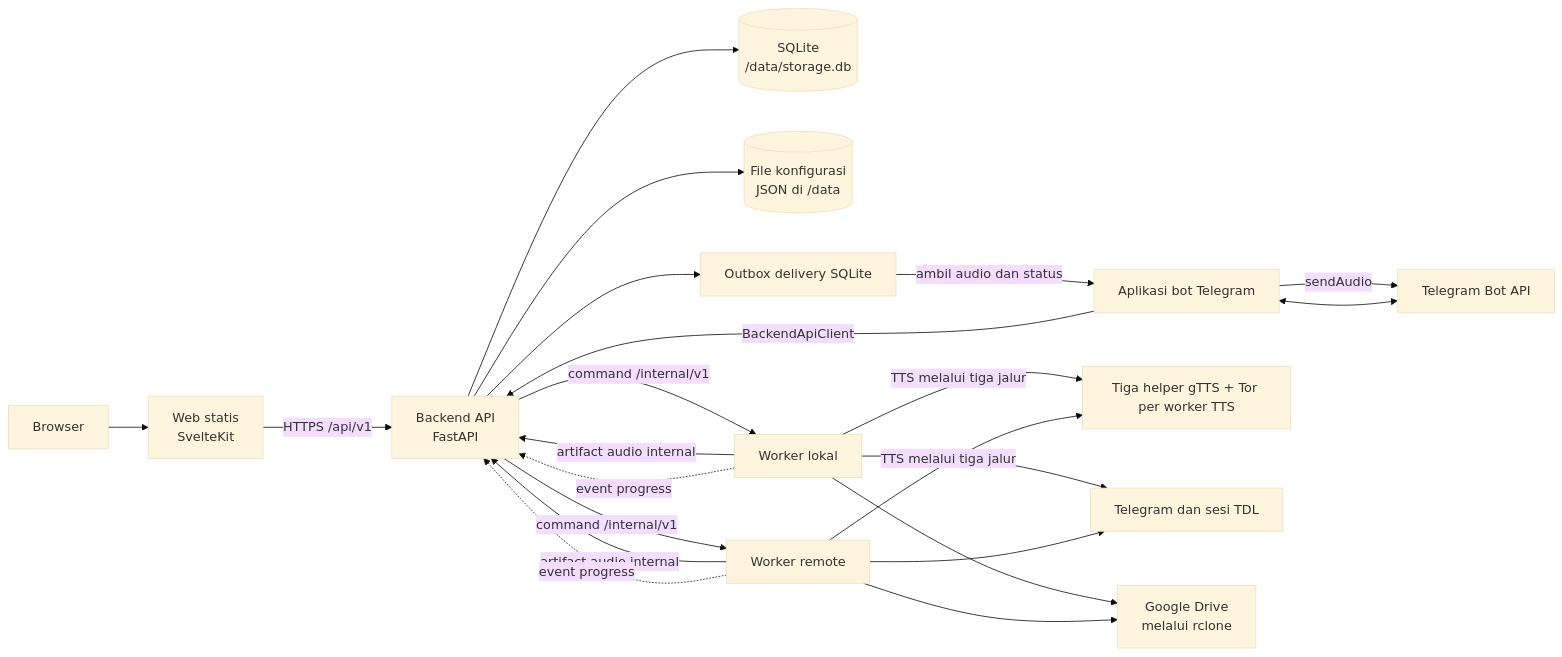
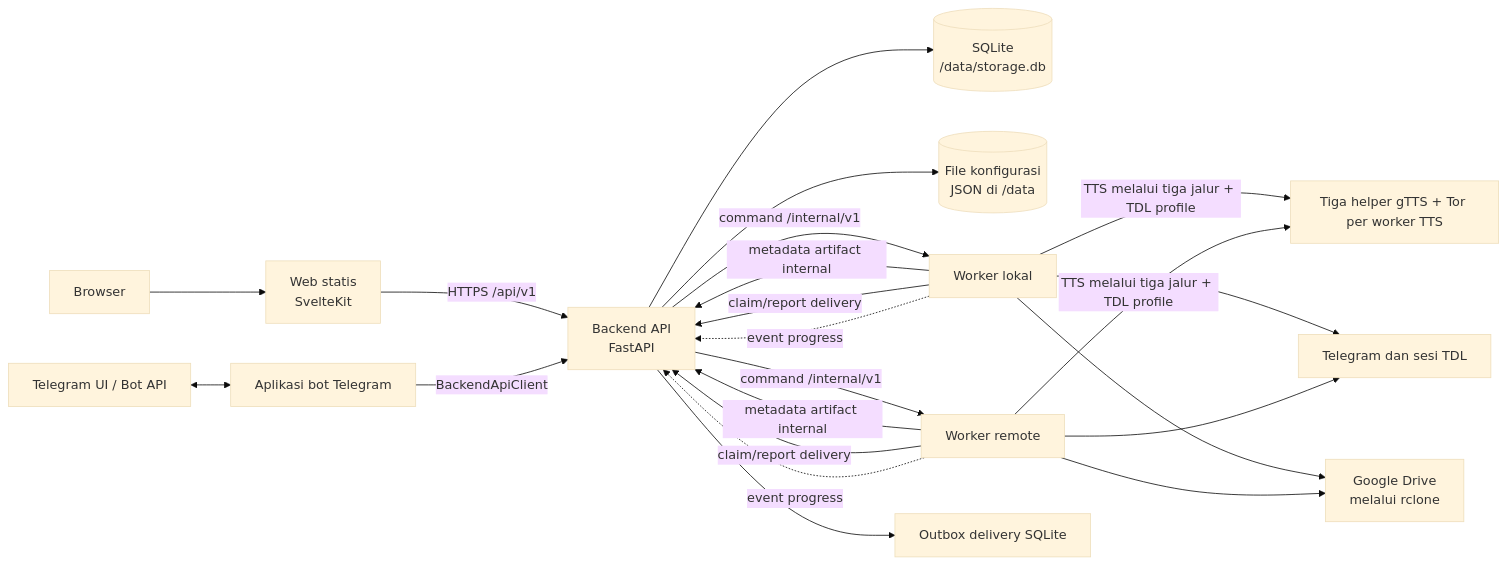
Before and after one commit to nkurnia1031/dockter_bot_tdl: the first of 3 diagrams in docs/ARSITEKTUR_SISTEM.md, drawn with Mermaid (base theme). The commit also changed other lines of this file and 25 other files, not shown here.

````diff
--- a/docs/ARSITEKTUR_SISTEM.md
+++ b/docs/ARSITEKTUR_SISTEM.md
@@ -21,38 +21,38 @@
 ```mermaid
 flowchart LR
   Browser[Browser]
   Web["Web statis<br/>SvelteKit"]
-  Telegram[Telegram Bot API]
+  Telegram[Telegram UI / Bot API]
   TGApp["Aplikasi bot Telegram"]
   Backend["Backend API<br/>FastAPI"]
   DB[("SQLite<br/>/data/storage.db")]
   JSON[("File konfigurasi<br/>JSON di /data")]
   Local["Worker lokal"]
   Remote["Worker remote"]
   TTS["Tiga helper gTTS + Tor per worker TTS"]
   Outbox["Outbox delivery SQLite"]
   TDL["Telegram dan sesi TDL"]
   Drive["Google Drive<br/>melalui rclone"]
 
   Browser --> Web
   Web -->|HTTPS /api/v1| Backend
   Telegram <--> TGApp
   TGApp -->|BackendApiClient| Backend
   Backend --> DB
   Backend --> JSON
   Backend -->|command /internal/v1| Local
   Backend -->|command /internal/v1| Remote
-  Local -->|TTS melalui tiga jalur| TTS
-  Remote -->|TTS melalui tiga jalur| TTS
-  Local -->|artifact audio internal| Backend
-  Remote -->|artifact audio internal| Backend
+  Local -->|TTS melalui tiga jalur + TDL profile| TTS
+  Remote -->|TTS melalui tiga jalur + TDL profile| TTS
+  Local -->|metadata artifact internal| Backend
+  Remote -->|metadata artifact internal| Backend
   Backend --> Outbox
-  Outbox -->|ambil audio dan status| TGApp
-  TGApp -->|sendAudio| Telegram
+  Local -->|claim/report delivery| Backend
+  Remote -->|claim/report delivery| Backend
   Local --> TDL
   Remote --> TDL
   Local --> Drive
   Remote --> Drive
   Local -. event progress .-> Backend
   Remote -. event progress .-> Backend
 ```
````
